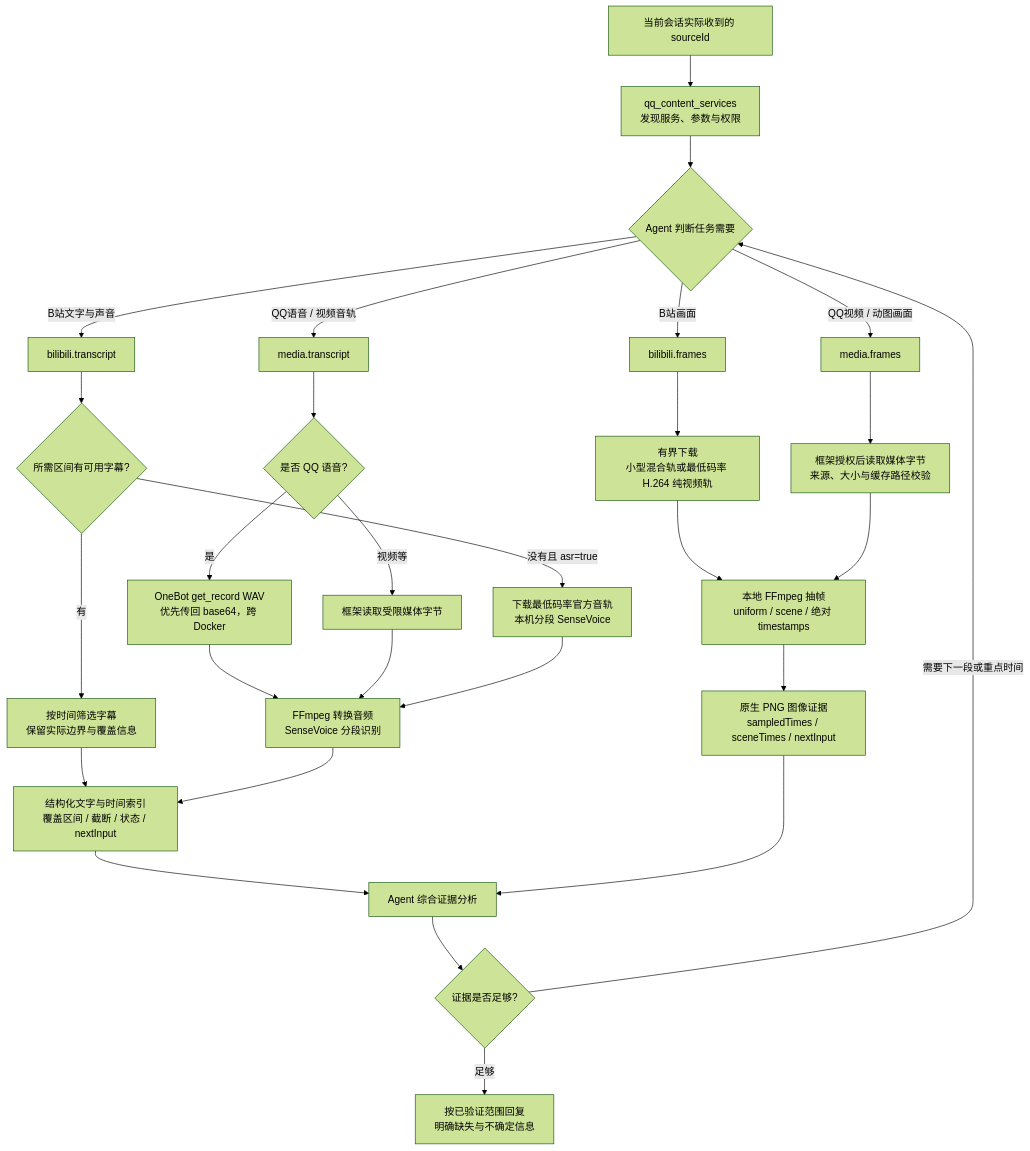
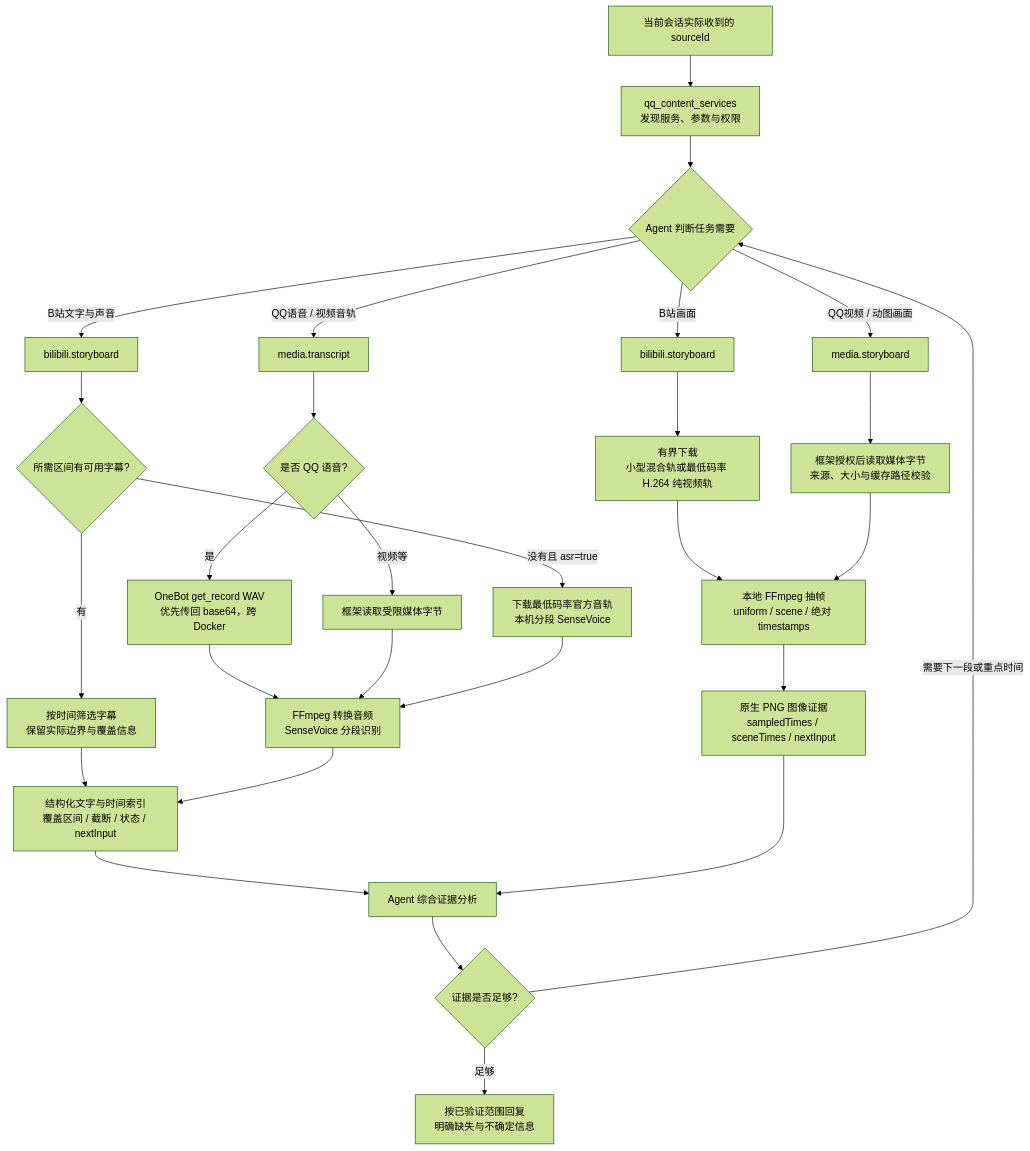
The fourth of 6 diagrams in docs/guides/FRAMEWORK_ARCHITECTURE.md (Cross090525/QQ-bridge-pro), drawn with Mermaid (forest theme) before and after one commit. The commit also changed 20 other files, not shown here.

First line of the commit message:
feat(media): replace video pipeline with dsh-video-storyboard

````diff
--- a/docs/guides/FRAMEWORK_ARCHITECTURE.md
+++ b/docs/guides/FRAMEWORK_ARCHITECTURE.md
@@ -159,30 +159,30 @@
 ```mermaid
 flowchart TB
   Source[当前会话实际收到的 sourceId] --> Discover[qq_content_services\n发现服务、参数与权限]
   Discover --> Decide{Agent 判断任务需要}
-  Decide -->|B站文字与声音| BT[bilibili.transcript]
-  Decide -->|B站画面| BF[bilibili.frames]
-  Decide -->|QQ视频 / 动图画面| MF[media.frames]
+  Decide -->|B站文字与声音| BT[bilibili.storyboard]
+  Decide -->|B站画面| BF[bilibili.storyboard]
+  Decide -->|QQ视频 / 动图画面| MF[media.storyboard]
   Decide -->|QQ语音 / 视频音轨| MT[media.transcript]
   BT --> Subtitle{所需区间有可用字幕?}
   Subtitle -->|有| Text[按时间筛选字幕\n保留实际边界与覆盖信息]
   Subtitle -->|没有且 asr=true| Audio[下载最低码率官方音轨\n本机分段 SenseVoice]
   BF --> Video[有界下载\n小型混合轨或最低码率 H.264 纯视频轨]
   MF --> Bytes[框架授权后读取媒体字节\n来源、大小与缓存路径校验]
   MT --> Voice{是否 QQ 语音?}
   Voice -->|是| WAV[OneBot get_record WAV\n优先传回 base64，跨 Docker]
   Voice -->|视频等| BytesAudio[框架读取受限媒体字节]
   WAV --> ASR[FFmpeg 转换音频\nSenseVoice 分段识别]
   BytesAudio --> ASR
   Audio --> ASR
   Video --> Frames[本地 FFmpeg 抽帧\nuniform / scene / 绝对 timestamps]
   Bytes --> Frames
   Text --> Evidence[结构化文字与时间索引\n覆盖区间 / 截断 / 状态 / nextInput]
   ASR --> Evidence
   Frames --> Pictures[原生 PNG 图像证据\nsampledTimes / sceneTimes / nextInput]
   Evidence --> Agent[Agent 综合证据分析]
   Pictures --> Agent
   Agent --> More{证据是否足够?}
   More -->|需要下一段或重点时间| Decide
   More -->|足够| Reply[按已验证范围回复\n明确缺失与不确定信息]
 ```
````
